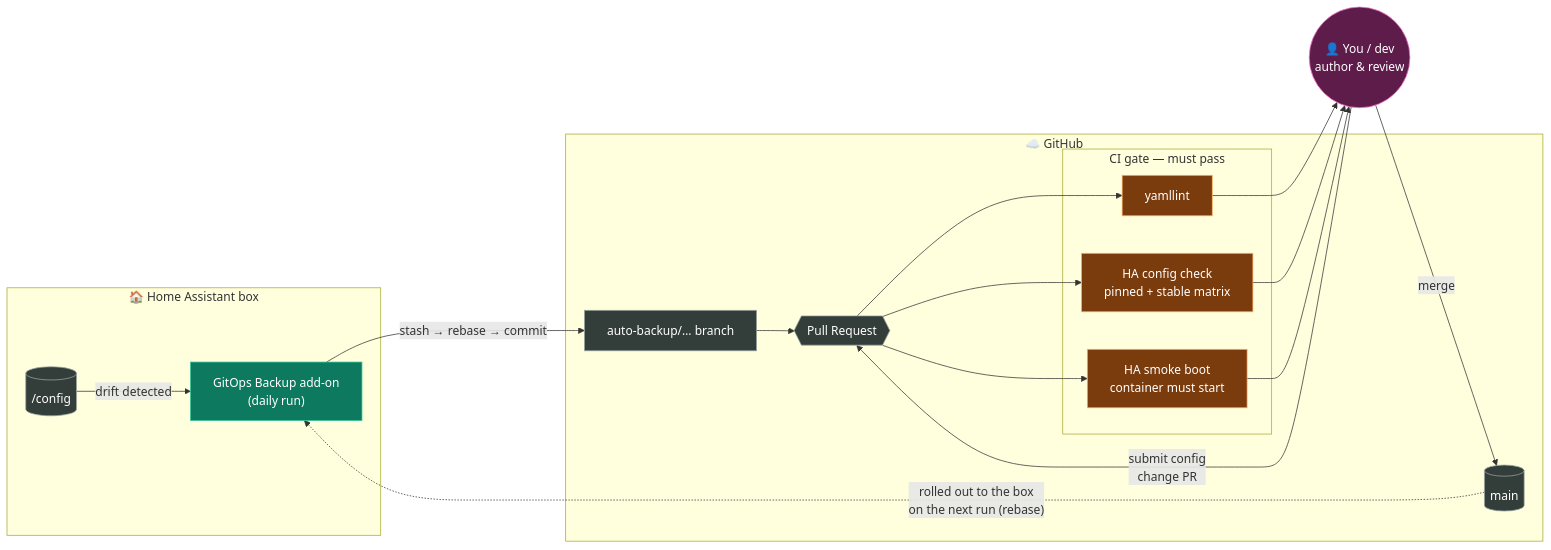
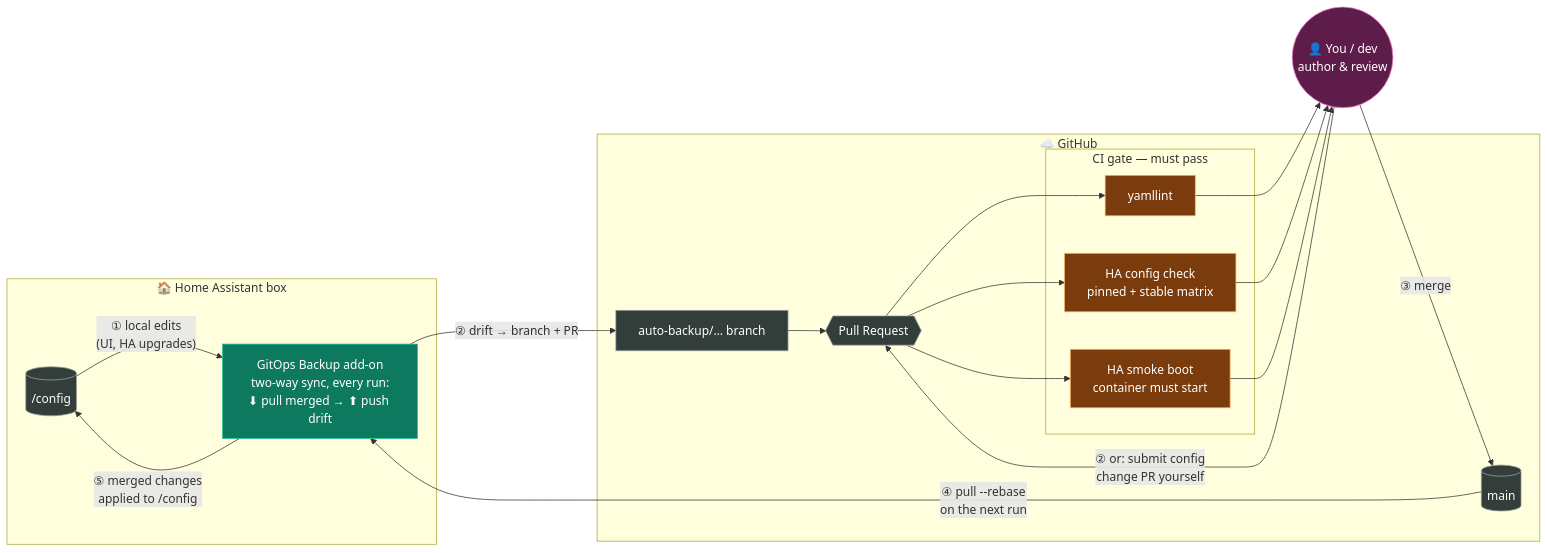
The diagram in README.md (askb/ha-gitops-backup), drawn with Mermaid before and after one commit. The commit also changed other lines of this file, not shown here.

Commit message:
docs(diagram): make the two-way /config sync explicit with numbered loop
Add-on node now states 'pull merged, push drift'; edges numbered
1-5: local edits -> drift PR (or dev PR) -> gate -> merge -> rebase
pull -> applied to /config.

````diff
--- a/README.md
+++ b/README.md
@@ -25,39 +25,40 @@
 ```mermaid
 flowchart LR
     subgraph HA["🏠 Home Assistant box"]
         CFG[("/config")]
-        ADDON["GitOps Backup add-on<br/>(daily run)"]
-        CFG -- "drift detected" --> ADDON
+        ADDON["GitOps Backup add-on<br/>two-way sync, every run:<br/>⬇ pull merged → ⬆ push drift"]
+        CFG -- "① local edits<br/>(UI, HA upgrades)" --> ADDON
+        ADDON -- "⑤ merged changes<br/>applied to /config" --> CFG
     end
 
     subgraph GH["☁️ GitHub"]
         BR["auto-backup/… branch"]
         PR{{"Pull Request"}}
         subgraph CI["CI gate — must pass"]
             LINT["yamllint"]
             CHECK["HA config check<br/>pinned + stable matrix"]
             BOOT["HA smoke boot<br/>container must start"]
         end
         MAIN[("main")]
     end
 
     YOU(("👤 You / dev<br/>author & review"))
 
-    ADDON -- "stash → rebase → commit" --> BR
+    ADDON -- "② drift → branch + PR" --> BR
     BR --> PR
-    YOU -- "submit config<br/>change PR" --> PR
+    YOU -- "② or: submit config<br/>change PR yourself" --> PR
     PR --> LINT & CHECK & BOOT
     LINT & CHECK & BOOT --> YOU
-    YOU -- "merge" --> MAIN
-    MAIN -. "rolled out to the box<br/>on the next run (rebase)" .-> ADDON
+    YOU -- "③ merge" --> MAIN
+    MAIN -- "④ pull --rebase<br/>on the next run" --> ADDON
 
     classDef box fill:#1c3a5e,stroke:#7fb3ff,color:#ffffff
     classDef addon fill:#0d7a5f,stroke:#34c39a,color:#ffffff
     classDef gate fill:#7a3b0d,stroke:#ffb066,color:#ffffff
     classDef human fill:#5e1c4a,stroke:#ff7fd4,color:#ffffff
     classDef store fill:#333d3a,stroke:#9aa5a1,color:#ffffff
     class ADDON addon
     class LINT,CHECK,BOOT gate
     class YOU human
     class CFG,MAIN,BR,PR store
 ```
````
